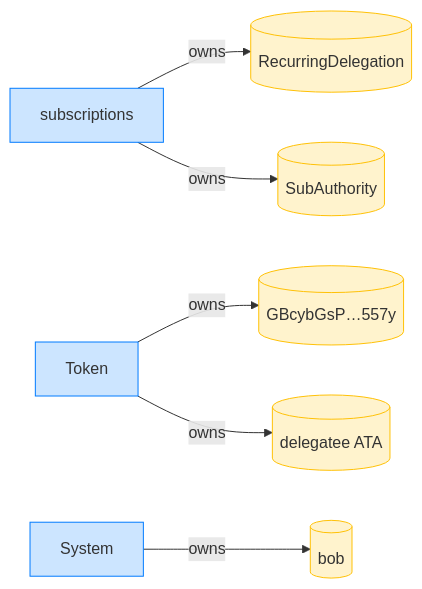
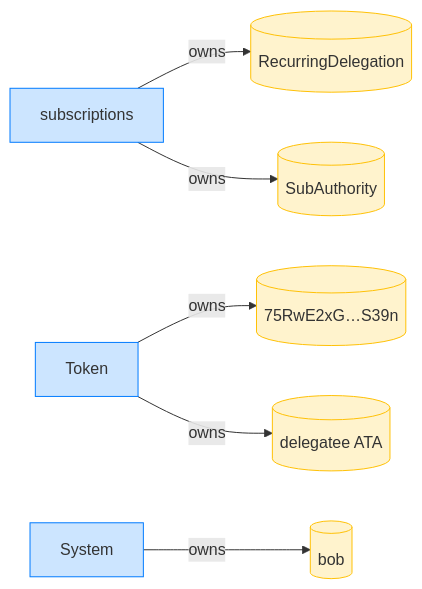
Before and after one commit to cds-rs/subscriptions: diagram 12 of 12 in dsl_tests/sentinel-start-begins-at-landing.md, drawn with Mermaid. The commit also changed other lines of this file and 224 other files, not shown here.

````diff
--- a/dsl_tests/sentinel-start-begins-at-landing.md
+++ b/dsl_tests/sentinel-start-begins-at-landing.md
@@ -239,18 +253,18 @@
 ```mermaid
 flowchart LR
     classDef owner fill:#cce5ff,stroke:#007bff;
     classDef account fill:#fff3cd,stroke:#ffc107;
     subscriptions[subscriptions]:::owner
     RecurringDelegation[(RecurringDelegation)]:::account
     SubAuthority[(SubAuthority)]:::account
     Token[Token]:::owner
-    GBcybGsP_557y[("GBcybGsP…557y")]:::account
+    75RwE2xG_S39n[("75RwE2xG…S39n")]:::account
     delegatee_ATA[("delegatee ATA")]:::account
     System[System]:::owner
     bob[(bob)]:::account
     subscriptions -->|owns| RecurringDelegation
     subscriptions -->|owns| SubAuthority
-    Token -->|owns| GBcybGsP_557y
+    Token -->|owns| 75RwE2xG_S39n
     Token -->|owns| delegatee_ATA
     System -->|owns| bob
 ```
````
